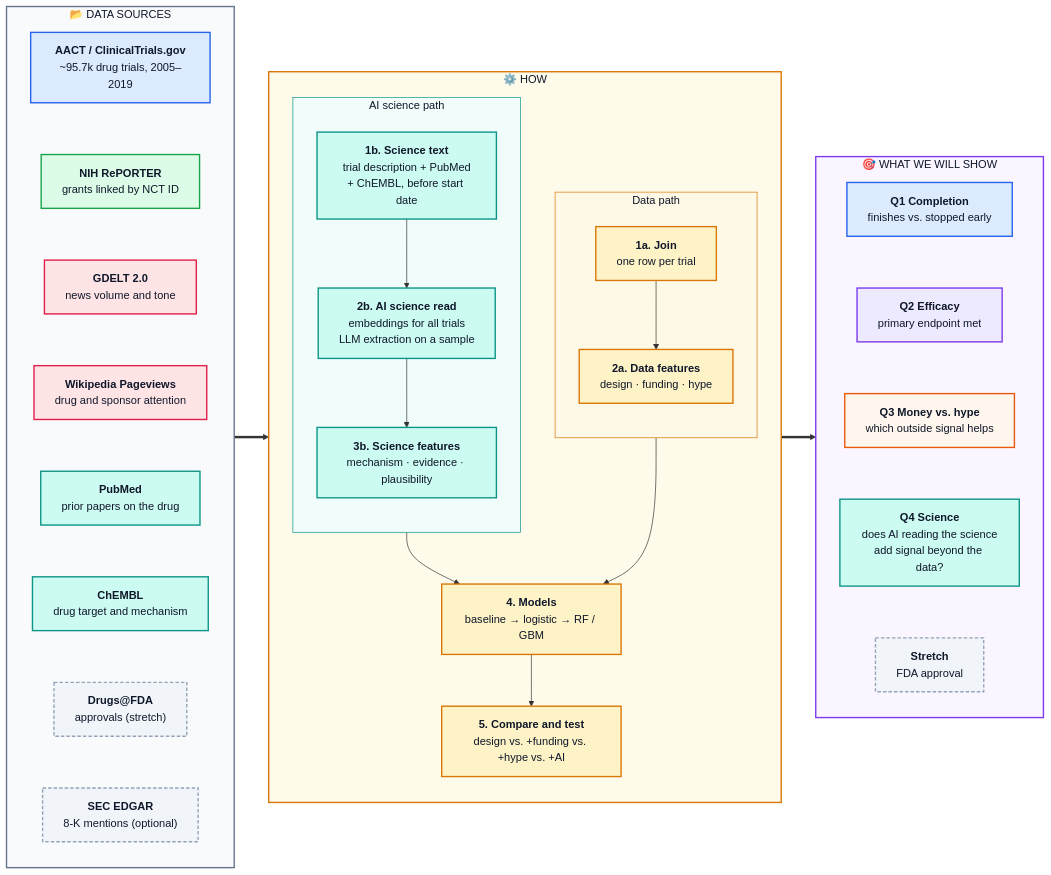
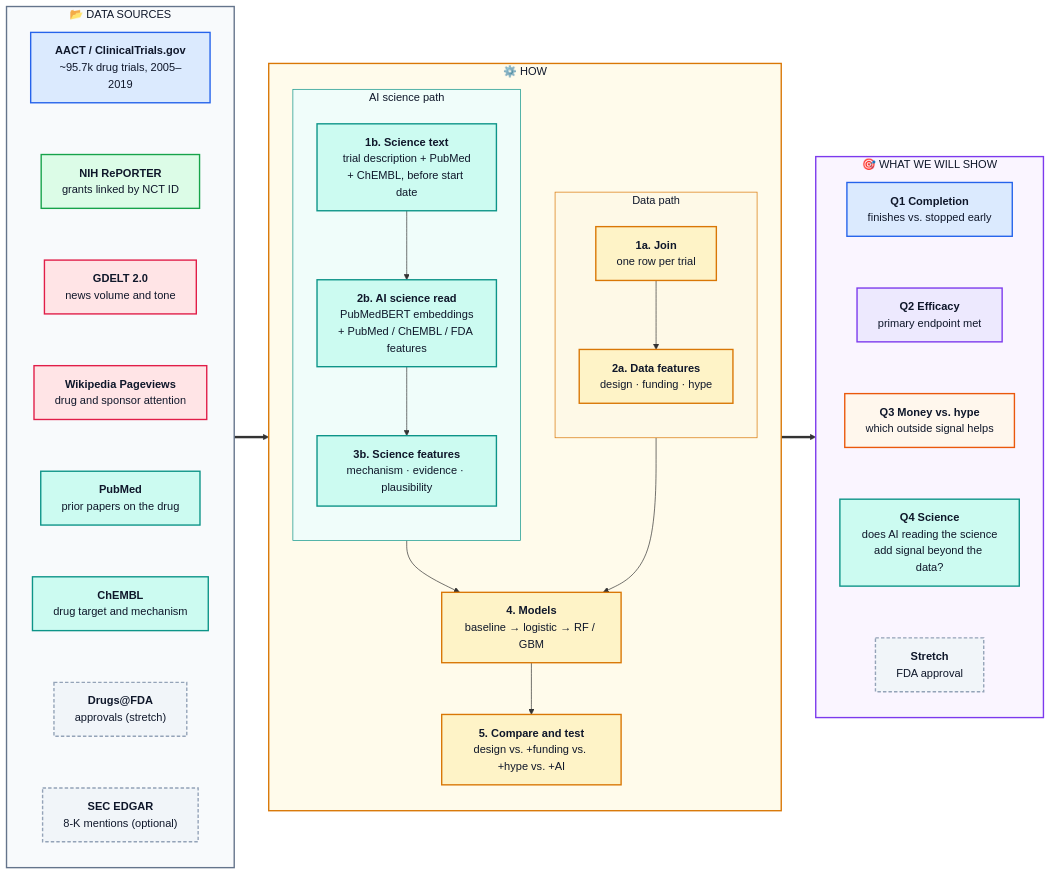
The diagram in README.md (jbajaj6/DrugTrialPredictor), drawn with Mermaid before and after one commit. The commit also changed other lines of this file, not shown here.

First line of the commit message:
README: final results table, GDELT/science/FDA status, team, milestones

````diff
--- a/README.md
+++ b/README.md
@@ -5,73 +5,73 @@
 ```mermaid
 flowchart LR
   subgraph DATA["📂 DATA SOURCES"]
     direction TB
     AACT["<b>AACT / ClinicalTrials.gov</b><br/>~95.7k drug trials, 2005–2019"]
     NIH["<b>NIH RePORTER</b><br/>grants linked by NCT ID"]
     GDELT["<b>GDELT 2.0</b><br/>news volume and tone"]
     WIKI["<b>Wikipedia Pageviews</b><br/>drug and sponsor attention"]
     PUBMED["<b>PubMed</b><br/>prior papers on the drug"]
     CHEMBL["<b>ChEMBL</b><br/>drug target and mechanism"]
     FDA["<b>Drugs@FDA</b><br/>approvals (stretch)"]
     SEC["<b>SEC EDGAR</b><br/>8-K mentions (optional)"]
     AACT ~~~ NIH ~~~ GDELT ~~~ WIKI ~~~ PUBMED ~~~ CHEMBL ~~~ FDA ~~~ SEC
   end
 
   subgraph HOW["⚙️ HOW"]
     direction TB
     subgraph LANE_A["Data path"]
       direction TB
       JOIN["<b>1a. Join</b><br/>one row per trial"]
       FEAT["<b>2a. Data features</b><br/>design · funding · hype"]
       JOIN --> FEAT
     end
     subgraph LANE_B["AI science path"]
       direction TB
       TEXT["<b>1b. Science text</b><br/>trial description + PubMed<br/>+ ChEMBL, before start date"]
-      AI["<b>2b. AI science read</b><br/>embeddings for all trials<br/>LLM extraction on a sample"]
+      AI["<b>2b. AI science read</b><br/>PubMedBERT embeddings<br/>+ PubMed / ChEMBL / FDA features"]
       SCI["<b>3b. Science features</b><br/>mechanism · evidence · plausibility"]
       TEXT --> AI --> SCI
     end
     MODEL["<b>4. Models</b><br/>baseline → logistic → RF / GBM"]
     TEST["<b>5. Compare and test</b><br/>design vs. +funding vs. +hype vs. +AI"]
     FEAT --> MODEL
     SCI --> MODEL
     MODEL --> TEST
   end
 
   subgraph SHOW["🎯 WHAT WE WILL SHOW"]
     direction TB
     Q1["<b>Q1 Completion</b><br/>finishes vs. stopped early"]
     Q2["<b>Q2 Efficacy</b><br/>primary endpoint met"]
     Q3["<b>Q3 Money vs. hype</b><br/>which outside signal helps"]
     Q4["<b>Q4 Science</b><br/>does AI reading the science<br/>add signal beyond the data?"]
     APP["<b>Stretch</b><br/>FDA approval"]
     Q1 ~~~ Q2 ~~~ Q3 ~~~ Q4 ~~~ APP
   end
 
   DATA ==> HOW ==> SHOW
 
   classDef trial fill:#dbeafe,stroke:#2563eb,stroke-width:2px,color:#0f172a
   classDef money fill:#dcfce7,stroke:#16a34a,stroke-width:2px,color:#0f172a
   classDef hype fill:#ffe4e6,stroke:#e11d48,stroke-width:2px,color:#0f172a
   classDef extra fill:#f1f5f9,stroke:#94a3b8,stroke-width:2px,stroke-dasharray:5 3,color:#0f172a
   classDef step fill:#fef3c7,stroke:#d97706,stroke-width:2px,color:#0f172a
   classDef q2 fill:#ede9fe,stroke:#7c3aed,stroke-width:2px,color:#0f172a
   classDef q3 fill:#fff7ed,stroke:#ea580c,stroke-width:2px,color:#0f172a
   classDef sci fill:#ccfbf1,stroke:#0d9488,stroke-width:2px,color:#0f172a
 
   class AACT,Q1 trial
   class NIH money
   class GDELT,WIKI hype
   class FDA,SEC,APP extra
   class JOIN,FEAT,MODEL,TEST step
   class Q2 q2
   class Q3 q3
   class PUBMED,CHEMBL,TEXT,AI,SCI,Q4 sci
 
   style DATA fill:#f8fafc,stroke:#64748b,stroke-width:2px,color:#0f172a
   style HOW fill:#fffbeb,stroke:#d97706,stroke-width:2px,color:#0f172a
   style LANE_A fill:#fef9e7,stroke:#d97706,stroke-width:1px,color:#0f172a
   style LANE_B fill:#f0fdfa,stroke:#0d9488,stroke-width:1px,color:#0f172a
   style SHOW fill:#faf5ff,stroke:#7c3aed,stroke-width:2px,color:#0f172a
 ```
````
